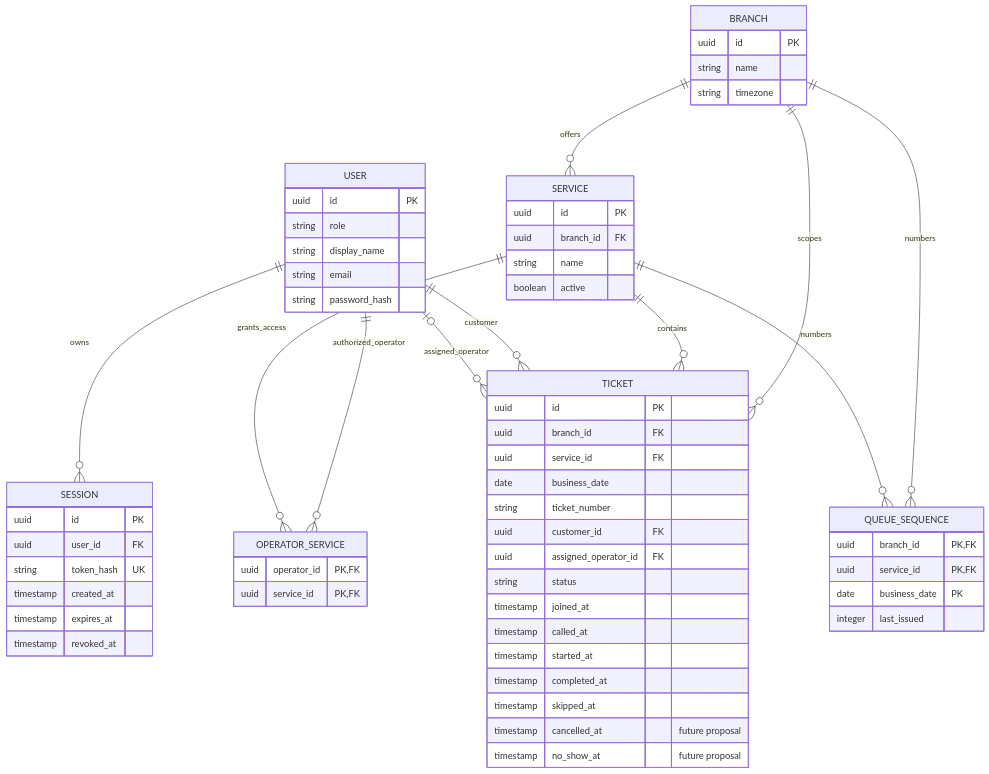
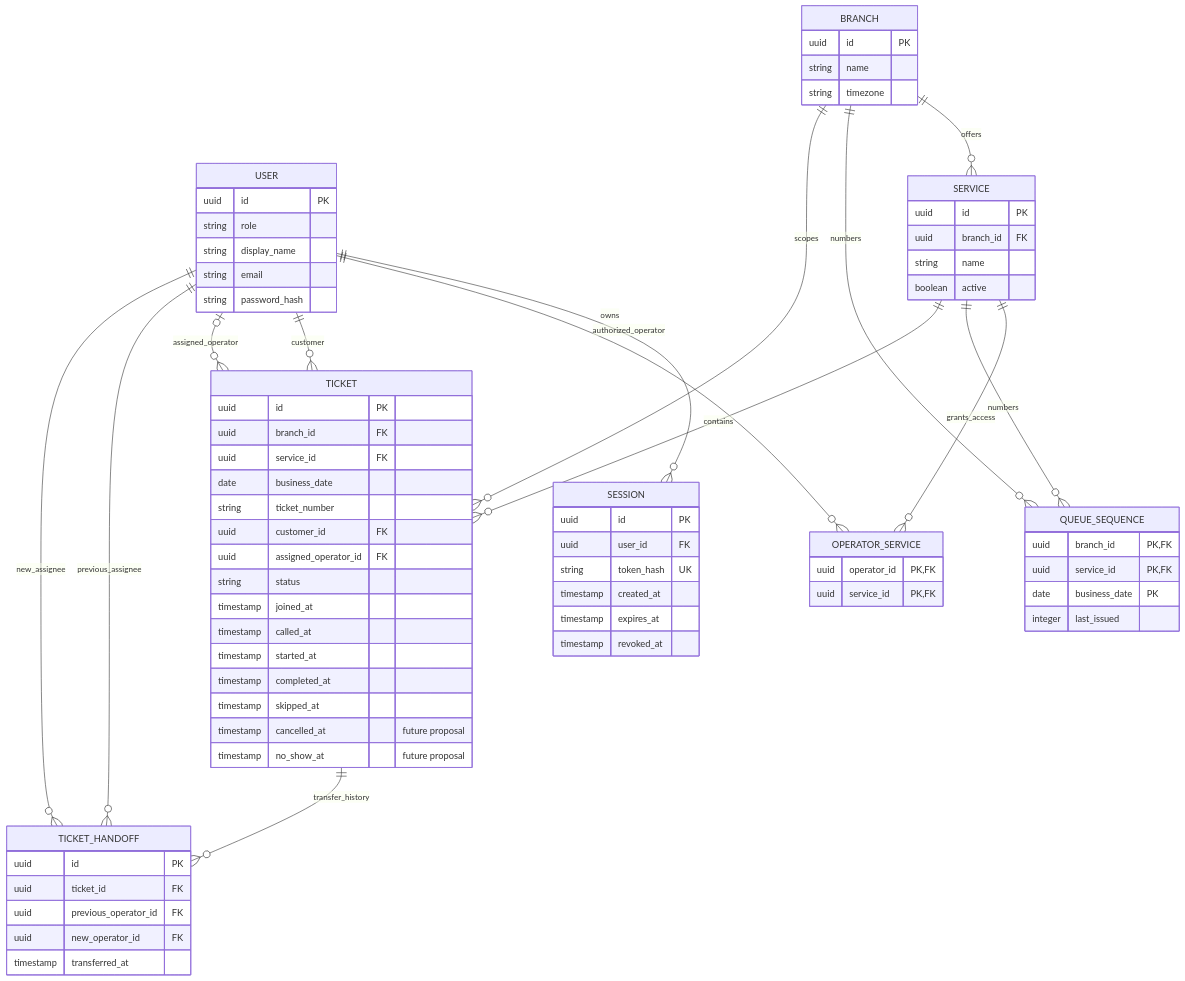
Before and after one commit to SupeemAFK/Quevo: the third of 3 diagrams in docs/design/system-sds.md, drawn with Mermaid. The commit also changed other lines of this file and 20 other files, not shown here.

Commit message:
feat(operator): support controlled ticket handoff

````diff
--- a/docs/design/system-sds.md
+++ b/docs/design/system-sds.md
@@ -292,67 +297,77 @@
 ```mermaid
 erDiagram
   USER {
     uuid id PK
     string role
     string display_name
     string email
     string password_hash
   }
   SESSION {
     uuid id PK
     uuid user_id FK
     string token_hash UK
     timestamp created_at
     timestamp expires_at
     timestamp revoked_at
   }
   BRANCH {
     uuid id PK
     string name
     string timezone
   }
   SERVICE {
     uuid id PK
     uuid branch_id FK
     string name
     boolean active
   }
   OPERATOR_SERVICE {
     uuid operator_id PK, FK
     uuid service_id PK, FK
   }
   QUEUE_SEQUENCE {
     uuid branch_id PK, FK
     uuid service_id PK, FK
     date business_date PK
     integer last_issued
   }
   TICKET {
     uuid id PK
     uuid branch_id FK
     uuid service_id FK
     date business_date
     string ticket_number
     uuid customer_id FK
     uuid assigned_operator_id FK
     string status
     timestamp joined_at
     timestamp called_at
     timestamp started_at
     timestamp completed_at
     timestamp skipped_at
     timestamp cancelled_at  "future proposal"
     timestamp no_show_at  "future proposal"
   }
+  TICKET_HANDOFF {
+    uuid id PK
+    uuid ticket_id FK
+    uuid previous_operator_id FK
+    uuid new_operator_id FK
+    timestamp transferred_at
+  }
 
   USER ||--o{ SESSION : owns
   BRANCH ||--o{ SERVICE : offers
   USER ||--o{ OPERATOR_SERVICE : authorized_operator
   SERVICE ||--o{ OPERATOR_SERVICE : grants_access
   BRANCH ||--o{ QUEUE_SEQUENCE : numbers
   SERVICE ||--o{ QUEUE_SEQUENCE : numbers
   BRANCH ||--o{ TICKET : scopes
   SERVICE ||--o{ TICKET : contains
   USER ||--o{ TICKET : customer
   USER o|--o{ TICKET : assigned_operator
+  TICKET ||--o{ TICKET_HANDOFF : transfer_history
+  USER ||--o{ TICKET_HANDOFF : previous_assignee
+  USER ||--o{ TICKET_HANDOFF : new_assignee
 ```
````
